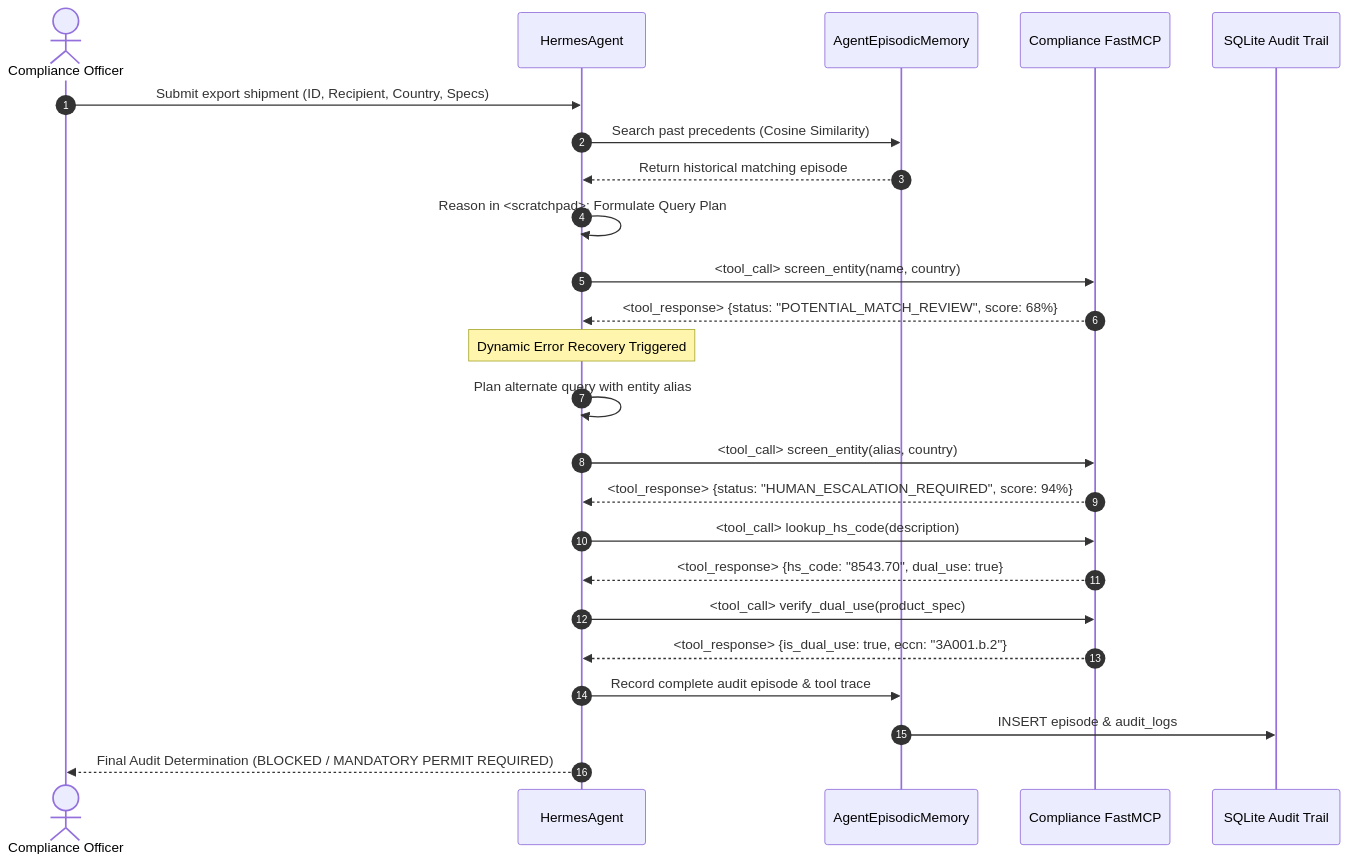
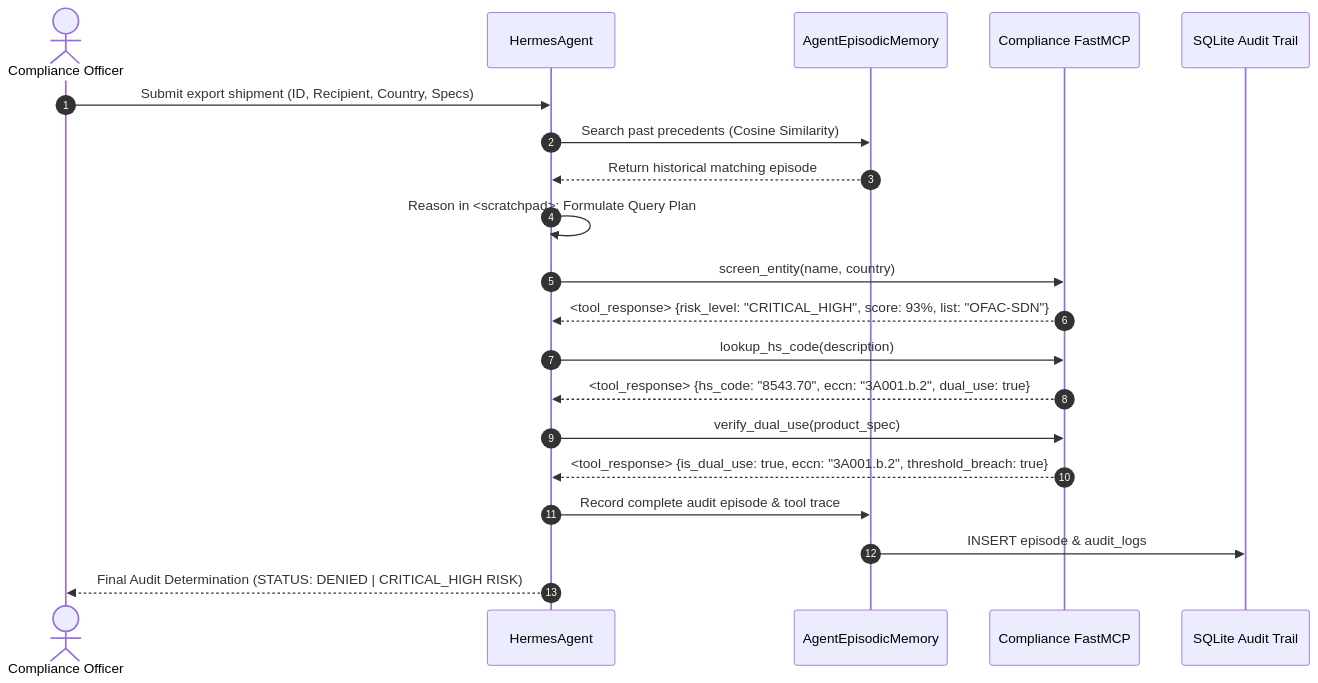
The second of 2 diagrams in README.md (TheWilsonGlobal/lex-trade-agent), drawn with Mermaid before and after one commit. The commit also changed other lines of this file and 2 other files, not shown here.

````diff
--- a/README.md
+++ b/README.md
@@ -55,32 +77,27 @@
 ```mermaid
 sequenceDiagram
     autonumber
     actor Officer as Compliance Officer
     participant Hermes as HermesAgent
     participant Memory as AgentEpisodicMemory
     participant MCP as Compliance FastMCP
     participant DB as SQLite Audit Trail
 
     Officer->>Hermes: Submit export shipment (ID, Recipient, Country, Specs)
     Hermes->>Memory: Search past precedents (Cosine Similarity)
     Memory-->>Hermes: Return historical matching episode
     
     Hermes->>Hermes: Reason in <scratchpad>: Formulate Query Plan
-    Hermes->>MCP: <tool_call> screen_entity(name, country)
-    MCP-->>Hermes: <tool_response> {status: "POTENTIAL_MATCH_REVIEW", score: 68%}
+    Hermes->>MCP: screen_entity(name, country)
+    MCP-->>Hermes: <tool_response> {risk_level: "CRITICAL_HIGH", score: 93%, list: "OFAC-SDN"}
     
-    Note over Hermes: Dynamic Error Recovery Triggered
-    Hermes->>Hermes: Plan alternate query with entity alias
-    Hermes->>MCP: <tool_call> screen_entity(alias, country)
-    MCP-->>Hermes: <tool_response> {status: "HUMAN_ESCALATION_REQUIRED", score: 94%}
+    Hermes->>MCP: lookup_hs_code(description)
+    MCP-->>Hermes: <tool_response> {hs_code: "8543.70", eccn: "3A001.b.2", dual_use: true}
     
-    Hermes->>MCP: <tool_call> lookup_hs_code(description)
-    MCP-->>Hermes: <tool_response> {hs_code: "8543.70", dual_use: true}
-    
-    Hermes->>MCP: <tool_call> verify_dual_use(product_spec)
-    MCP-->>Hermes: <tool_response> {is_dual_use: true, eccn: "3A001.b.2"}
+    Hermes->>MCP: verify_dual_use(product_spec)
+    MCP-->>Hermes: <tool_response> {is_dual_use: true, eccn: "3A001.b.2", threshold_breach: true}
     
     Hermes->>Memory: Record complete audit episode & tool trace
     Memory->>DB: INSERT episode & audit_logs
-    Hermes-->>Officer: Final Audit Determination (BLOCKED / MANDATORY PERMIT REQUIRED)
+    Hermes-->>Officer: Final Audit Determination (STATUS: DENIED | CRITICAL_HIGH RISK)
 ```
````
